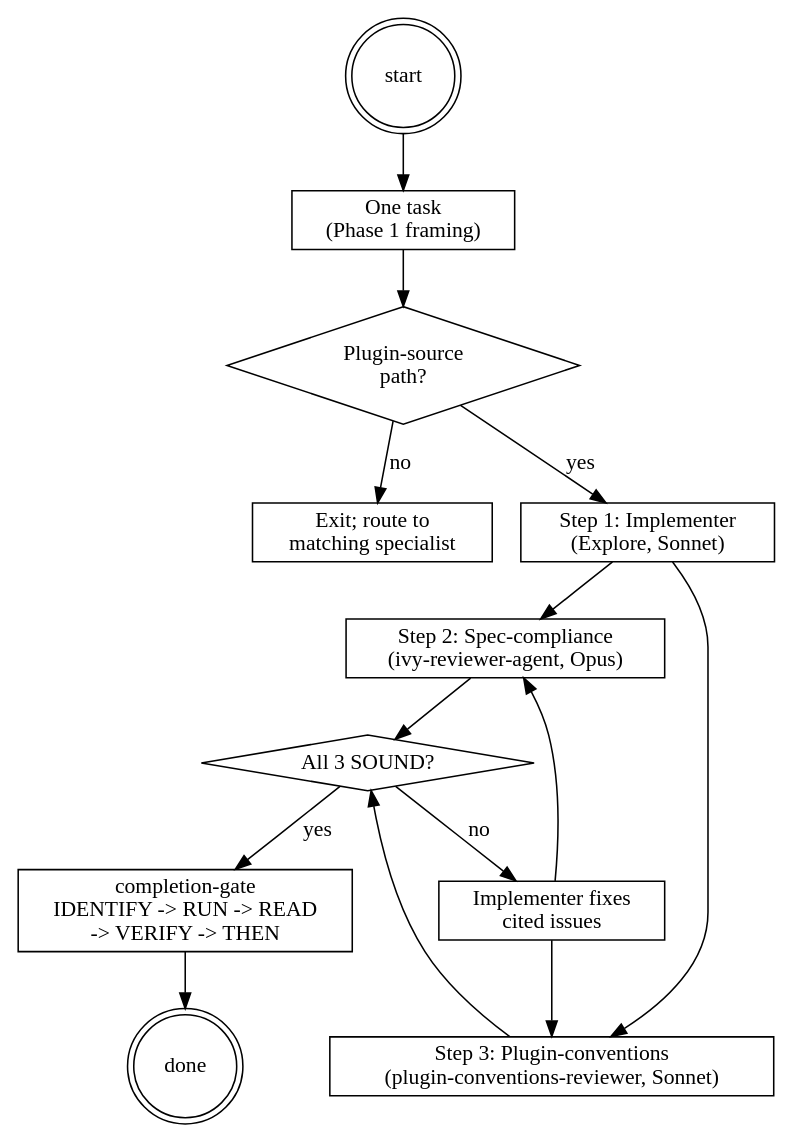
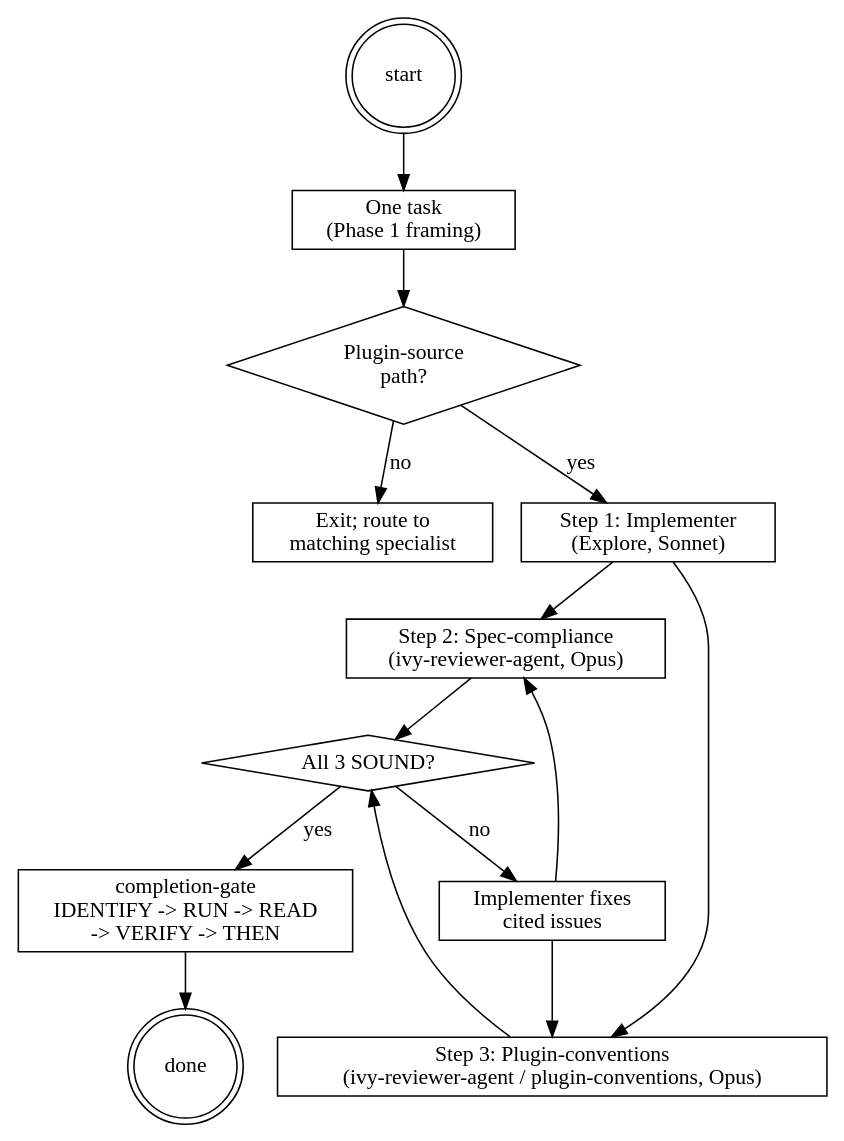
Before and after one commit to ElNiak/panther-ivy-plugin: the diagram in plugins/panther-ivy-plugin/skills/meta-self-mod-ops/SKILL.md, drawn with Graphviz. The commit also changed other lines of this file and 2 other files, not shown here.

First line of the commit message:
refactor(plugin/skills): close plugin-conventions-reviewer drift; mirror spec-compliance pattern

````diff
--- a/plugins/panther-ivy-plugin/skills/meta-self-mod-ops/SKILL.md
+++ b/plugins/panther-ivy-plugin/skills/meta-self-mod-ops/SKILL.md
@@ -149,27 +149,27 @@
 ```dot
 digraph meta_self_mod_flow {
   start [shape=doublecircle];
   task [shape=box, label="One task\n(Phase 1 framing)"];
   guard [shape=diamond, label="Plugin-source\npath?"];
   exit [shape=box, label="Exit; route to\nmatching specialist"];
   impl [shape=box, label="Step 1: Implementer\n(Explore, Sonnet)"];
   spec [shape=box, label="Step 2: Spec-compliance\n(ivy-reviewer-agent, Opus)"];
-  conv [shape=box, label="Step 3: Plugin-conventions\n(plugin-conventions-reviewer, Sonnet)"];
+  conv [shape=box, label="Step 3: Plugin-conventions\n(ivy-reviewer-agent / plugin-conventions, Opus)"];
   verdict [shape=diamond, label="All 3 SOUND?"];
   fix [shape=box, label="Implementer fixes\ncited issues"];
   gate [shape=box, label="completion-gate\nIDENTIFY -> RUN -> READ\n-> VERIFY -> THEN"];
   done [shape=doublecircle];
   start -> task -> guard;
   guard -> exit [label="no"];
   guard -> impl [label="yes"];
   impl -> spec;
   impl -> conv;
   spec -> verdict;
   conv -> verdict;
   verdict -> gate [label="yes"];
   verdict -> fix [label="no"];
   fix -> spec;
   fix -> conv;
   gate -> done;
 }
 ```
````
